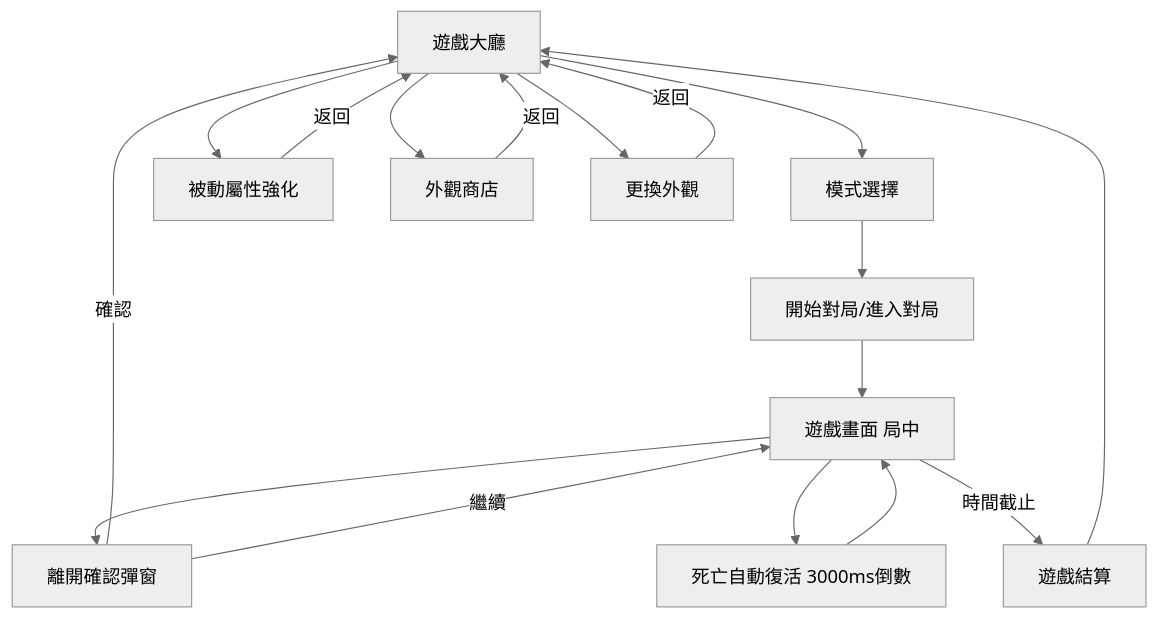
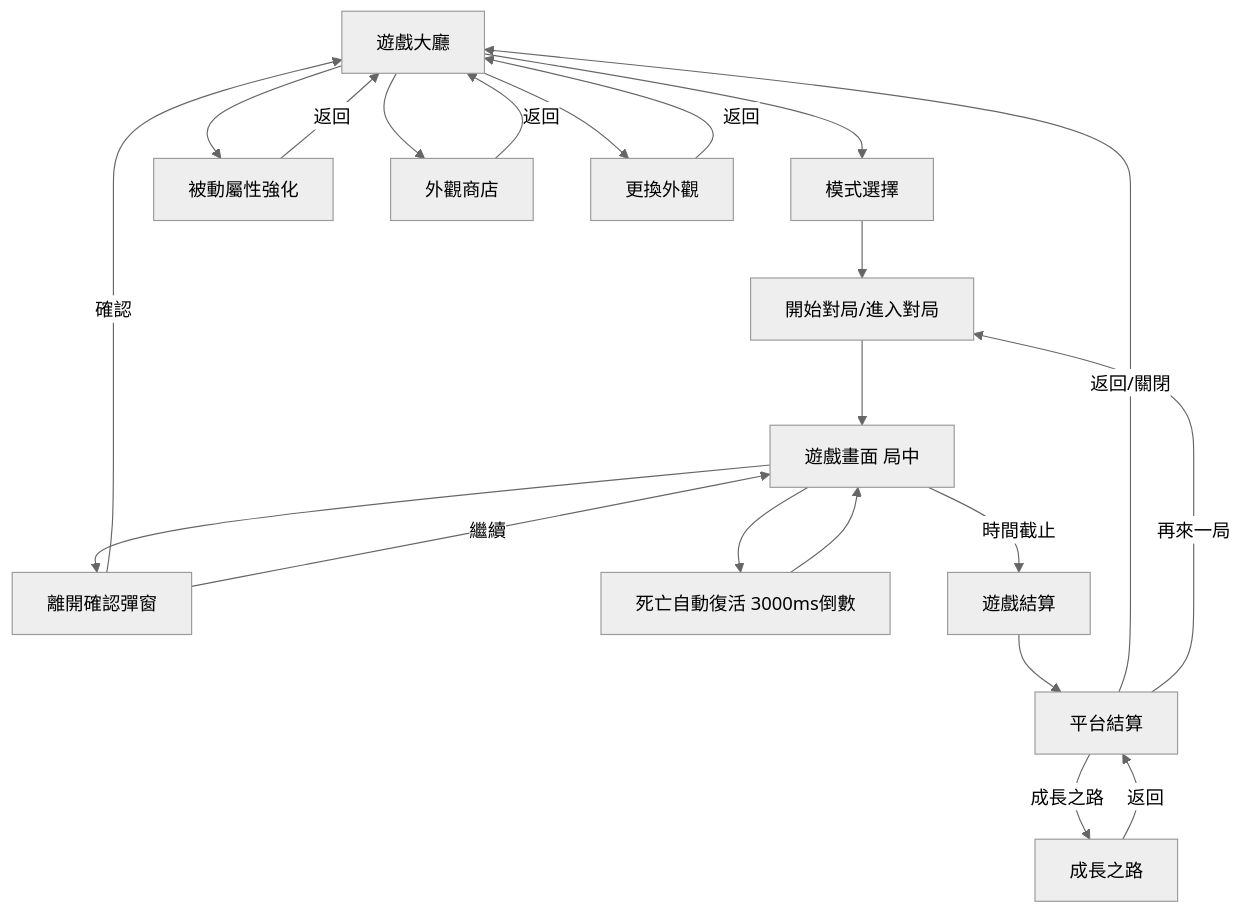
The first of 4 diagrams in GDD/貪食蛇GDD.md (jerryfcai794238-bit/snake.io), drawn with Mermaid (neutral theme) before and after one commit. The commit also changed other lines of this file and 5 other files, not shown here.

````diff
--- a/GDD/貪食蛇GDD.md
+++ b/GDD/貪食蛇GDD.md
@@ -190,19 +213,23 @@
 ```mermaid
 graph TD
     A[遊戲大廳] --> B[模式選擇]
     B --> D[開始對局/進入對局]
     D --> E[遊戲畫面 局中]
     E --> F[離開確認彈窗]
     F -->|確認| A
     F -->|繼續| E
     E --> G[死亡自動復活 3000ms倒數]
     G --> E
     E -->|時間截止| H[遊戲結算]
-    H --> A
+    H --> L[平台結算]
+    L -->|返回/關閉| A
+    L -->|再來一局| D
+    L -->|成長之路| M[成長之路]
+    M -->|返回| L
     A --> I[被動屬性強化]
     I -->|返回| A
     A --> J[外觀商店]
     J -->|返回| A
     A --> K[更換外觀]
     K -->|返回| A
 ```
````
